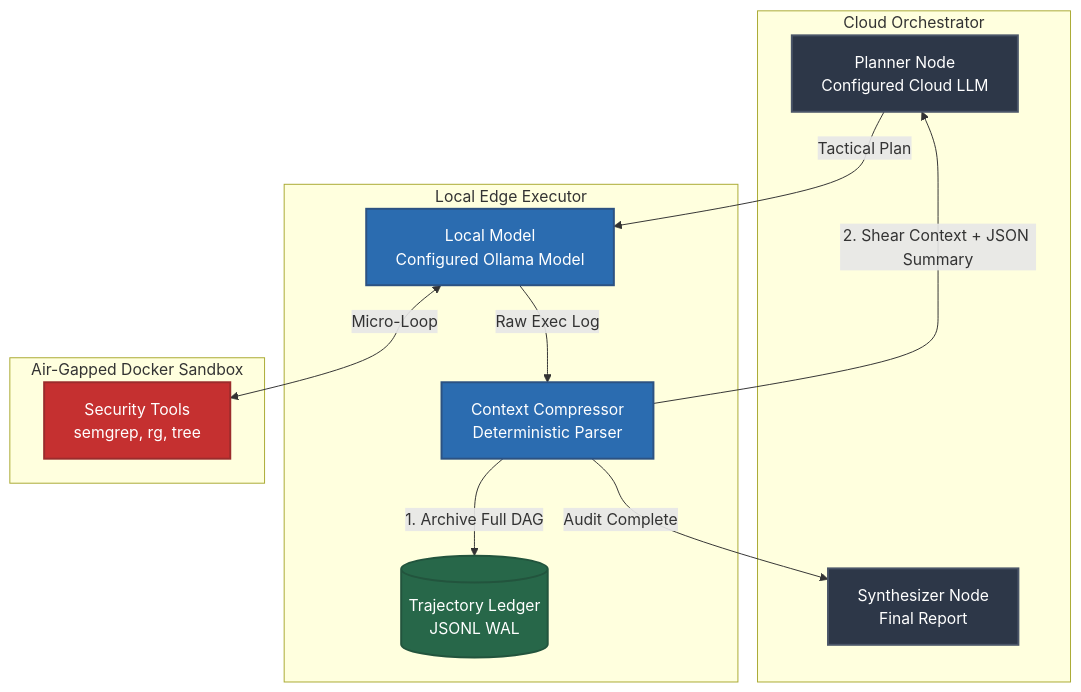
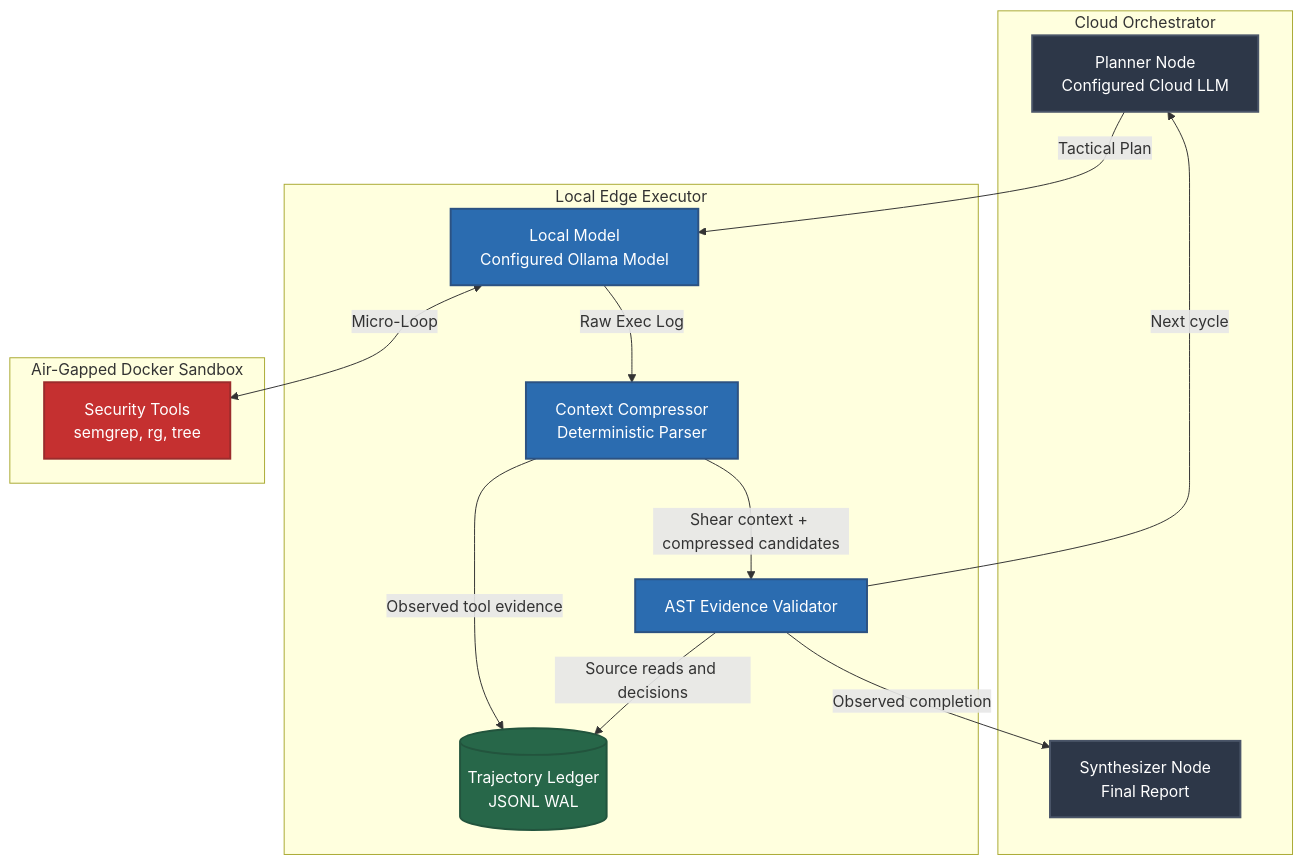
One commit to jayjz/CipherLoop changed the diagram in README.md. Above: the diagram before and after it, drawn with Mermaid. The commit also changed other lines of this file and 12 other files, not shown here.

````diff
--- a/README.md
+++ b/README.md
@@ -23,30 +31,33 @@
 ```mermaid
 graph TD
     classDef cloud fill:#2d3748,stroke:#4a5568,stroke-width:2px,color:#fff;
     classDef local fill:#2b6cb0,stroke:#2c5282,stroke-width:2px,color:#fff;
     classDef sandbox fill:#c53030,stroke:#9b2c2c,stroke-width:2px,color:#fff;
     classDef memory fill:#276749,stroke:#22543d,stroke-width:2px,color:#fff;
 
     subgraph Cloud Orchestrator
         P[Planner Node<br>Configured Cloud LLM]:::cloud
         S[Synthesizer Node<br>Final Report]:::cloud
     end
 
     subgraph Local Edge Executor
         LM[Local Model<br>Configured Ollama Model]:::local
         C[Context Compressor<br>Deterministic Parser]:::local
+        V[AST Evidence Validator]:::local
         WAL[(Trajectory Ledger<br>JSONL WAL)]:::memory
     end
 
     subgraph Air-Gapped Docker Sandbox
         ST[Security Tools<br>semgrep, rg, tree]:::sandbox
     end
 
     P -->|Tactical Plan| LM
     LM <-->|Micro-Loop| ST
     LM -->|Raw Exec Log| C
-    C -->|1. Archive Full DAG| WAL
-    C -->|2. Shear Context + JSON Summary| P
-    C -->|Audit Complete| S
+    C -->|Observed tool evidence| WAL
+    C -->|Shear context + compressed candidates| V
+    V -->|Source reads and decisions| WAL
+    V -->|Next cycle| P
+    V -->|Observed completion| S
 
 ```
````
